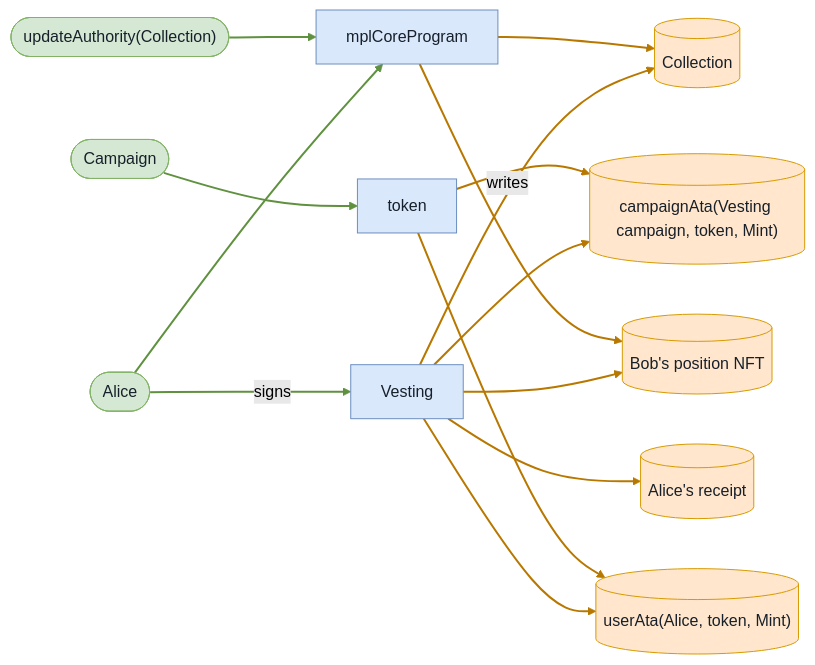
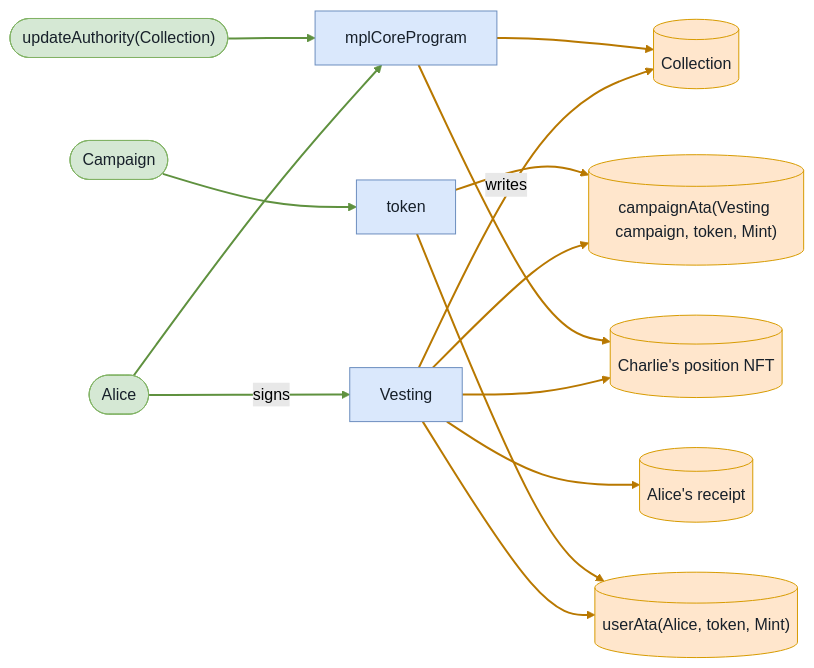
One commit to cds-turbin3/vesting-position changed diagram 35 of 36 in md-reports-babelfish/full_lifecycle.md. Above: the diagram before and after it, drawn with Mermaid (forest theme). The commit also changed other lines of this file and 62 other files, not shown here.

````diff
--- a/md-reports-babelfish/full_lifecycle.md
+++ b/md-reports-babelfish/full_lifecycle.md
@@ -1351,32 +1351,32 @@
 ```mermaid
 flowchart LR
     Vesting["Vesting"]:::program
     Alice(["Alice"]):::signer
     Collection[("Collection")]:::state
     campaignAtaVestingcampaigntokenMint[("campaignAta(Vesting campaign, token, Mint)")]:::state
     userAtaAlicetokenMint[("userAta(Alice, token, Mint)")]:::state
-    BobspositionNFT[("Bob's position NFT")]:::state
+    CharliespositionNFT[("Charlie's position NFT")]:::state
     Alicesreceipt[("Alice's receipt")]:::state
     mplCoreProgram["mplCoreProgram"]:::program
     updateAuthorityCollection(["updateAuthority(Collection)"]):::signer
     token["token"]:::program
     Campaign(["Campaign"]):::signer
     Alice -->|signs| Vesting
     Vesting -->|writes| Collection
     Vesting --> campaignAtaVestingcampaigntokenMint
     Vesting --> userAtaAlicetokenMint
-    Vesting --> BobspositionNFT
+    Vesting --> CharliespositionNFT
     Vesting --> Alicesreceipt
-    mplCoreProgram --> BobspositionNFT
+    mplCoreProgram --> CharliespositionNFT
     mplCoreProgram --> Collection
     Alice --> mplCoreProgram
     updateAuthorityCollection --> mplCoreProgram
     token --> campaignAtaVestingcampaigntokenMint
     token --> userAtaAlicetokenMint
     Campaign --> token
     classDef program fill:#dae8fc,stroke:#6c8ebf,color:#17202a;
     classDef signer fill:#d5e8d4,stroke:#82b366,color:#17202a;
     classDef state fill:#ffe6cc,stroke:#d79b00,color:#17202a;
     linkStyle 0,8,9,12 stroke:#5f913f,stroke-width:2px
     linkStyle 1,2,3,4,5,6,7,10,11 stroke:#b87800,stroke-width:2px
 ```
````
